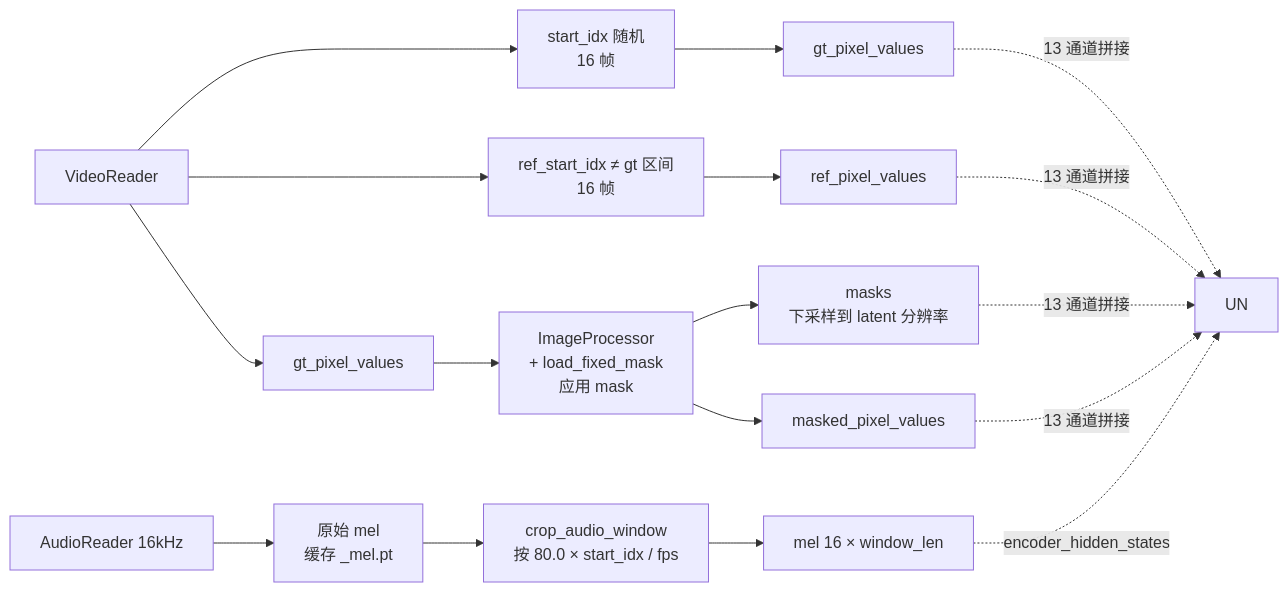
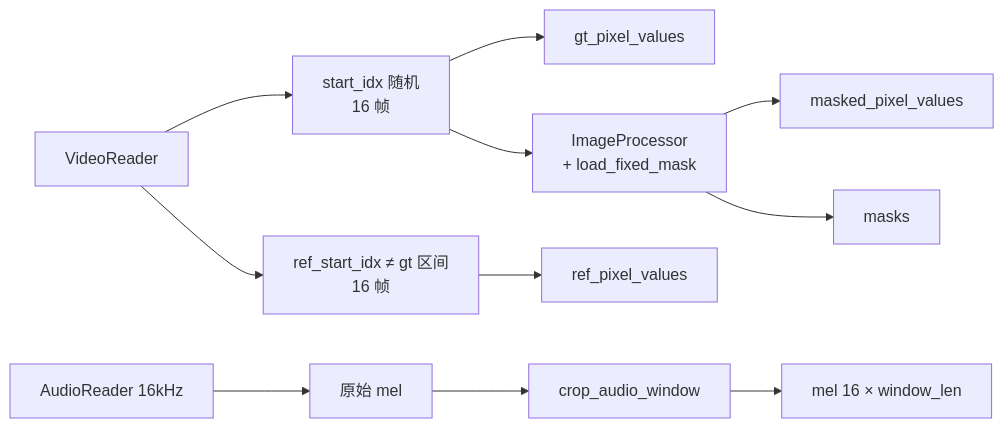
One commit to liudunxu/LatentSync changed the eighth of 11 diagrams in docs/training_pipeline.md. Above: the diagram before and after it, drawn with Mermaid. The commit also changed other lines of this file, not shown here.

````diff
--- a/docs/training_pipeline.md
+++ b/docs/training_pipeline.md
@@ -300,22 +408,15 @@
 ```mermaid
 flowchart LR
     VR[VideoReader] --> GT[start_idx 随机<br/>16 帧]
     VR --> REF[ref_start_idx ≠ gt 区间<br/>16 帧]
     GT --> GT_P[gt_pixel_values]
     REF --> RF_P[ref_pixel_values]
 
-    AR[AudioReader 16kHz] --> MEL[原始 mel<br/>缓存 _mel.pt]
-    MEL --> CW[crop_audio_window<br/>按 80.0 × start_idx / fps]
+    AR[AudioReader 16kHz] --> MEL[原始 mel]
+    MEL --> CW[crop_audio_window]
     CW --> MEL_W[mel 16 × window_len]
 
-    VR --> GT2[gt_pixel_values]
-    GT2 --> MASK[ImageProcessor<br/>+ load_fixed_mask<br/>应用 mask]
+    GT --> MASK[ImageProcessor<br/>+ load_fixed_mask]
     MASK --> MK_P[masked_pixel_values]
-    MASK --> MS_P[masks<br/>下采样到 latent 分辨率]
-
-    GT_P -.13 通道拼接.-> UN
-    RF_P -.13 通道拼接.-> UN
-    MS_P -.13 通道拼接.-> UN
-    MK_P -.13 通道拼接.-> UN
-    MEL_W -.encoder_hidden_states.-> UN
+    MASK --> MS_P[masks]
 ```
````
